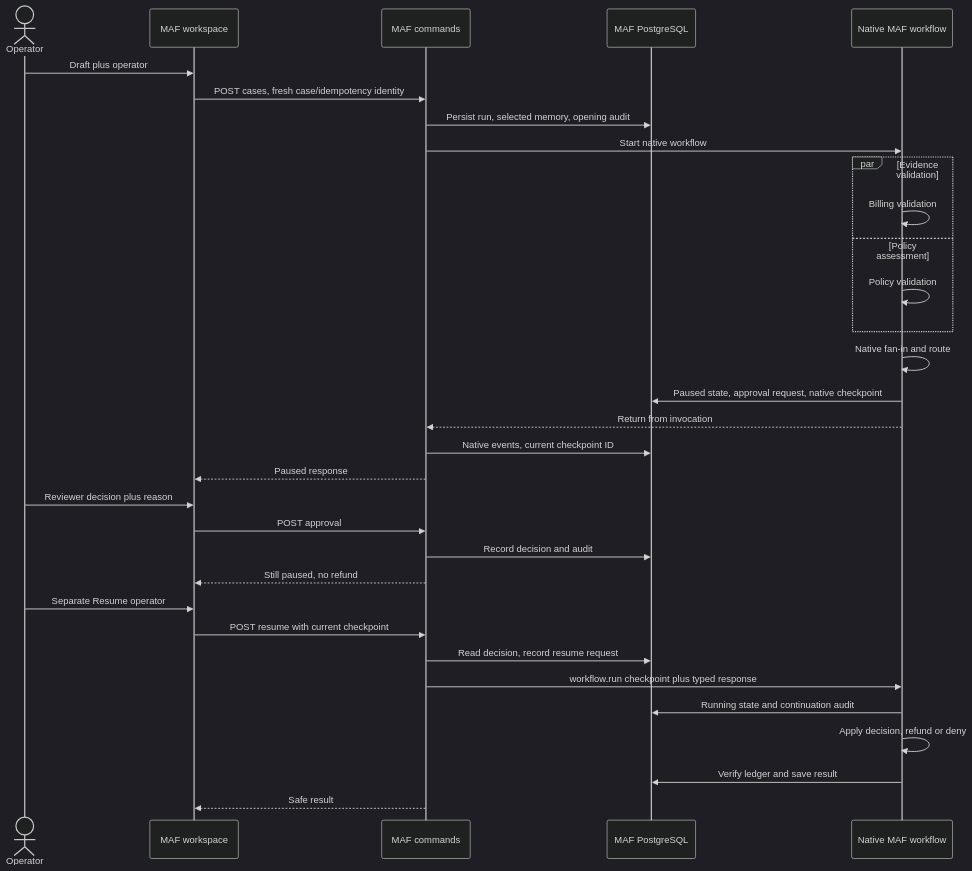
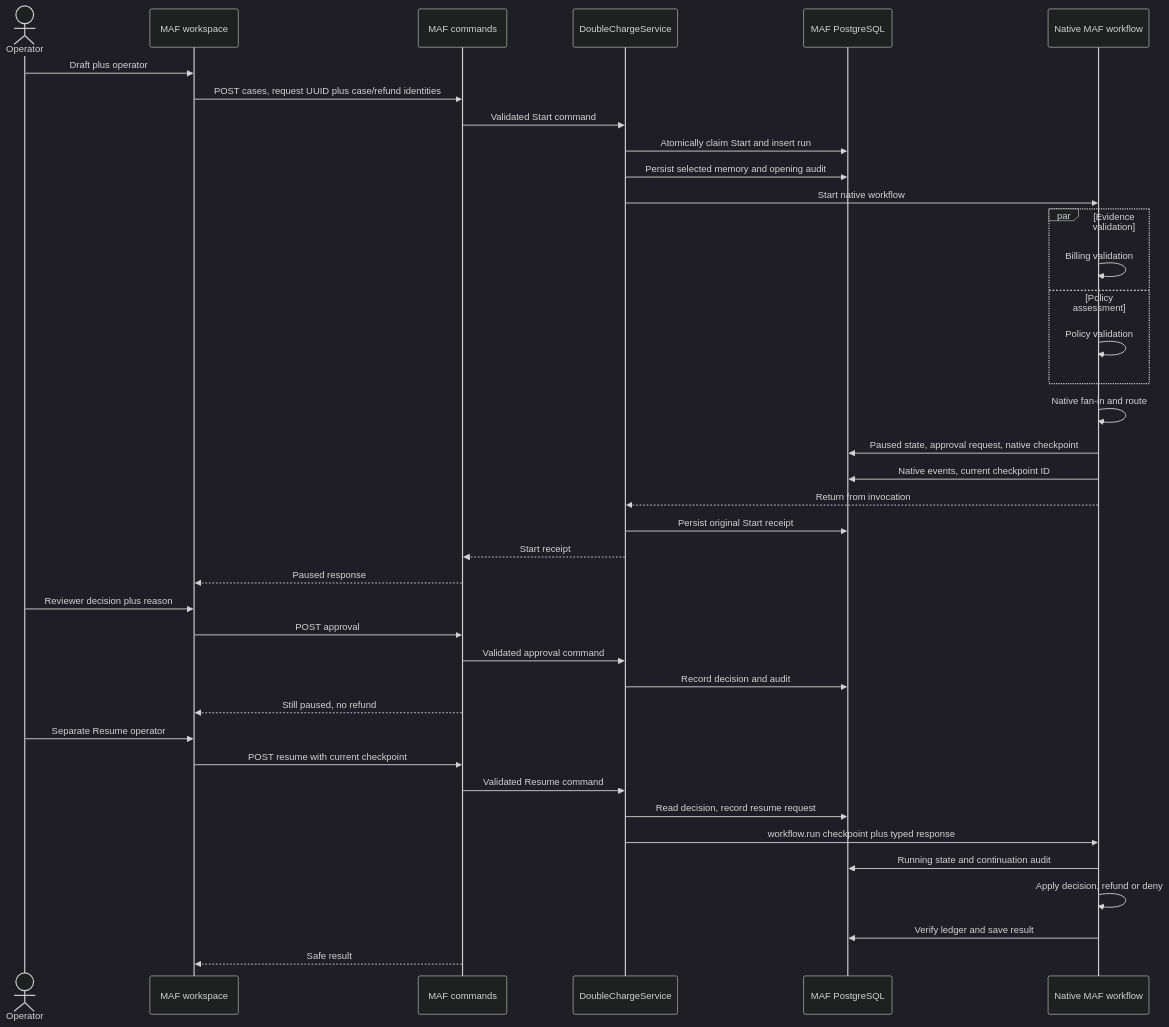
The second of 4 diagrams in agent-framework/double-charge/maf/docs/design/architecture.md (ppenumatsa1/model-to-harness), drawn with Mermaid (dark theme) before and after one commit. The commit also changed other lines of this file and 86 other files, not shown here.

````diff
--- a/agent-framework/double-charge/maf/docs/design/architecture.md
+++ b/agent-framework/double-charge/maf/docs/design/architecture.md
@@ -63,34 +63,41 @@
 ```mermaid
 sequenceDiagram
     actor Operator
     participant UI as MAF workspace
     participant API as MAF commands
+    participant Service as DoubleChargeService
     participant DB as MAF PostgreSQL
     participant WF as Native MAF workflow
     Operator->>UI: Draft plus operator
-    UI->>API: POST cases, fresh case/idempotency identity
-    API->>DB: Persist run, selected memory, opening audit
-    API->>WF: Start native workflow
+    UI->>API: POST cases, request UUID plus case/refund identities
+    API->>Service: Validated Start command
+    Service->>DB: Atomically claim Start and insert run
+    Service->>DB: Persist selected memory and opening audit
+    Service->>WF: Start native workflow
     par Evidence validation
         WF->>WF: Billing validation
     and Policy assessment
         WF->>WF: Policy validation
     end
     WF->>WF: Native fan-in and route
     WF->>DB: Paused state, approval request, native checkpoint
-    WF-->>API: Return from invocation
-    API->>DB: Native events, current checkpoint ID
+    WF->>DB: Native events, current checkpoint ID
+    WF-->>Service: Return from invocation
+    Service->>DB: Persist original Start receipt
+    Service-->>API: Start receipt
     API-->>UI: Paused response
     Operator->>UI: Reviewer decision plus reason
     UI->>API: POST approval
-    API->>DB: Record decision and audit
+    API->>Service: Validated approval command
+    Service->>DB: Record decision and audit
     API-->>UI: Still paused, no refund
     Operator->>UI: Separate Resume operator
     UI->>API: POST resume with current checkpoint
-    API->>DB: Read decision, record resume request
-    API->>WF: workflow.run checkpoint plus typed response
+    API->>Service: Validated Resume command
+    Service->>DB: Read decision, record resume request
+    Service->>WF: workflow.run checkpoint plus typed response
     WF->>DB: Running state and continuation audit
     WF->>WF: Apply decision, refund or deny
     WF->>DB: Verify ledger and save result
     API-->>UI: Safe result
 ```
````
